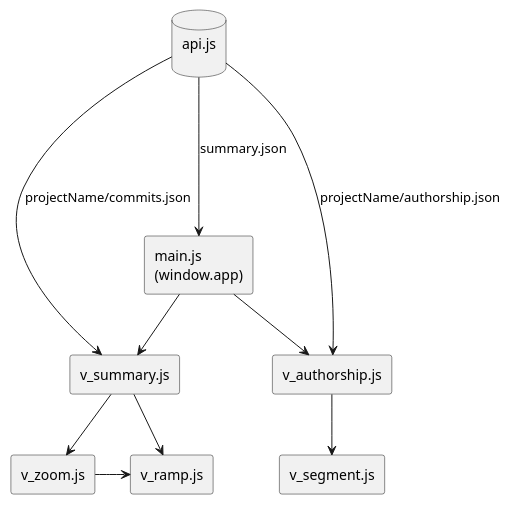
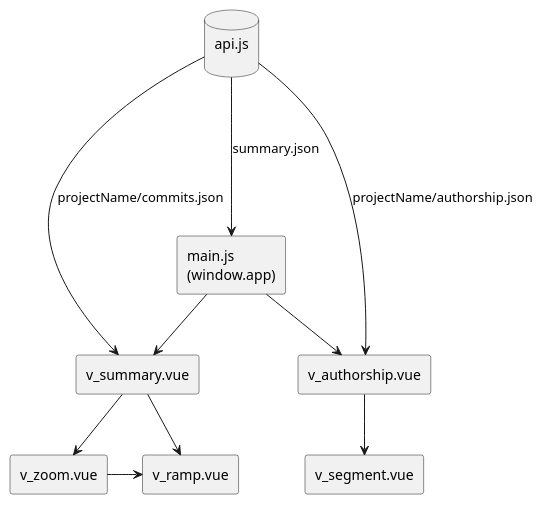
The diagram in docs/diagrams/ReportArchitecture.puml (reposense/RepoSense), drawn with PlantUML before and after one commit. The commit also changed 4 other files, not shown here.

```diff
--- a/docs/diagrams/ReportArchitecture.puml
+++ b/docs/diagrams/ReportArchitecture.puml
@@ -1,25 +1,25 @@
 @startuml
 hide footbox
 skinparam monochrome true
 skinparam Shadowing false
 
 rectangle "main.js\n(window.app)" as main
-rectangle "v_zoom.js" as v_zoom
-rectangle "v_ramp.js" as v_ramp
-rectangle "v_summary.js" as v_summary
-rectangle "v_authorship.js" as v_authorship
-rectangle "v_segment.js" as v_segment
+rectangle "v_zoom.vue" as v_zoom
+rectangle "v_ramp.vue" as v_ramp
+rectangle "v_summary.vue" as v_summary
+rectangle "v_authorship.vue" as v_authorship
+rectangle "v_segment.vue" as v_segment
 database "api.js\n" as api
 
 main -down-> v_summary
 v_summary -down-> v_zoom
 v_summary -> v_ramp
 v_zoom -> v_ramp
 
 main -down-> v_authorship
 v_authorship -down-> v_segment
 
 api -down--> main : summary.json
 api -down-> v_summary : projectName/commits.json
 api -down-> v_authorship : projectName/authorship.json
 @enduml
```
